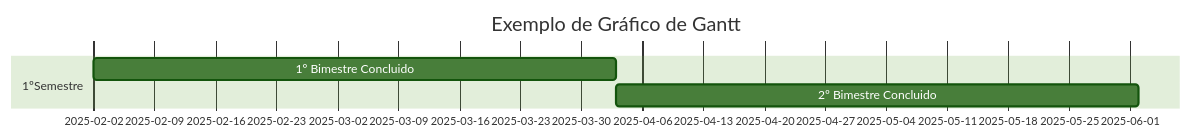
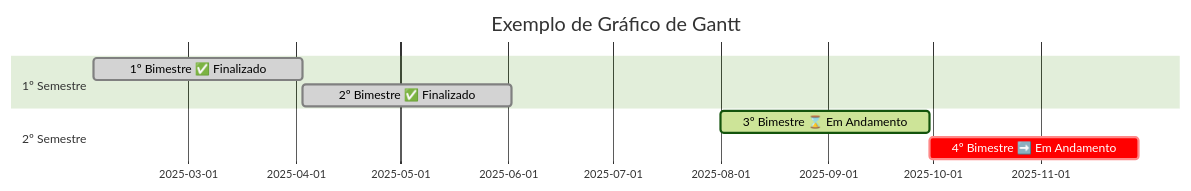
The third of 3 diagrams in README.md (Leandro-dsm/graficoGantt), drawn with Mermaid (forest theme) before and after one commit.

````diff
--- a/README.md
+++ b/README.md
@@ -17,9 +17,11 @@
 ```mermaid
 gantt
    title Exemplo de Gráfico de Gantt
    dateFormat YYYY-MM-DD
-   section 1ºSemestre
-   1º Bimestre Concluido :a1, 2025-02-02, 60d
-   2º Bimestre Concluido :a2, after a1, 60d
-   section 2ºSemestre
+   section 1º Semestre
+   1º Bimestre ✅ Finalizado:done, a1, 2025-02-02, 60d
+   2º Bimestre ✅ Finalizado:done, a2, after a1, 60d
+   section 2º Semestre
+   3º Bimestre ⌛ Em Andamento:active, a3, 2025-08-01, 60d
+   4º Bimestre ➡️ Em Andamento:crit, a4, after a3, 60d
 ```
````
